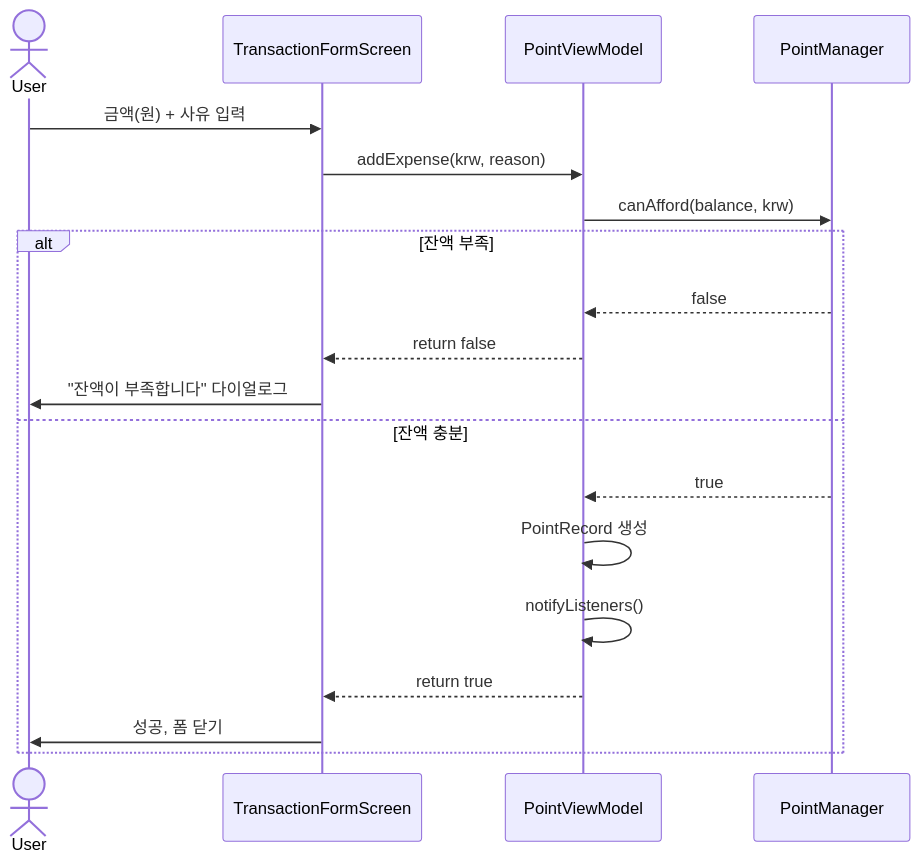
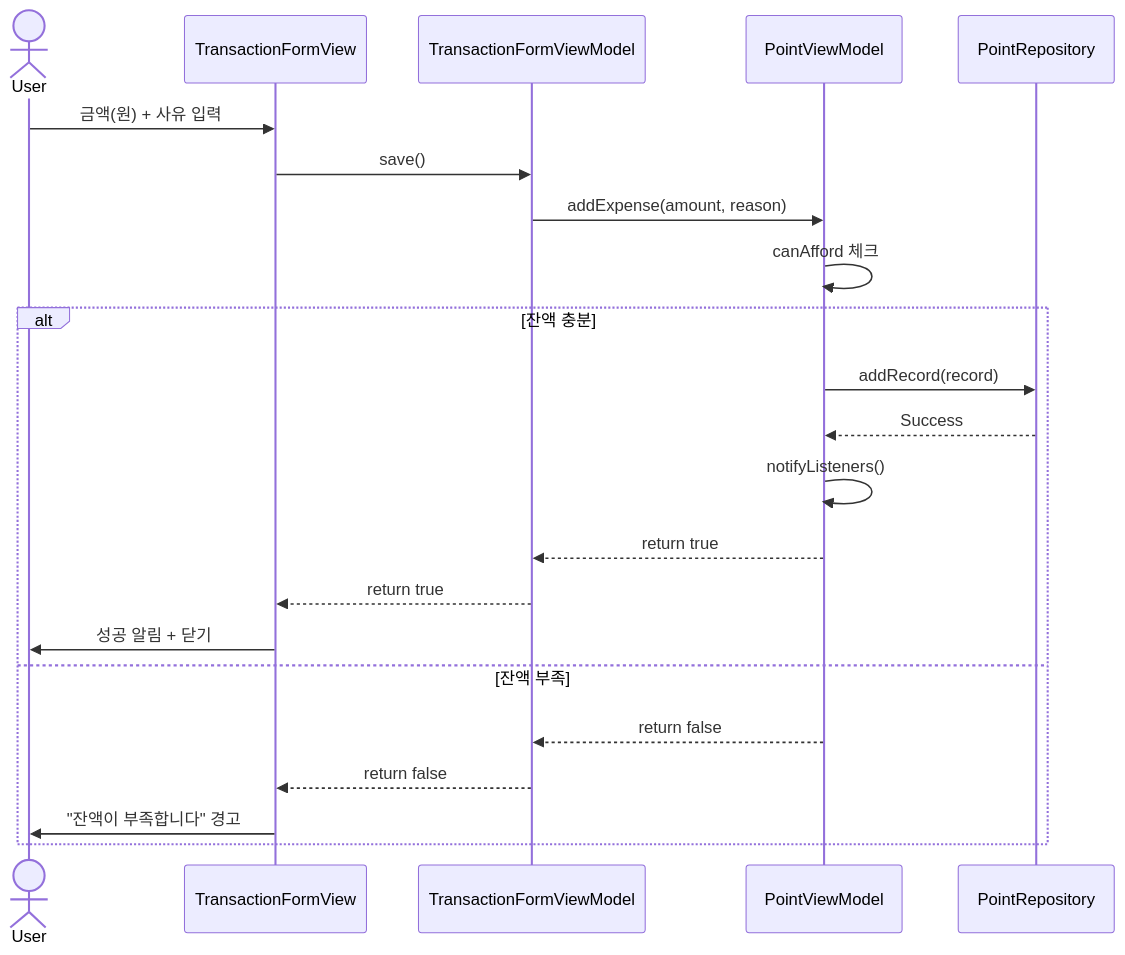
Before and after one commit to goodsw4all/wawapoint_flutter: the fourth of 18 diagrams in docs/ARCHITECTURE.md, drawn with Mermaid. The commit also changed other lines of this file and 8 other files, not shown here.

Commit message:
feat: Introduce dedicated view models and a point repository to enhance application architecture and state management.

````diff
--- a/docs/ARCHITECTURE.md
+++ b/docs/ARCHITECTURE.md
@@ -228,23 +243,26 @@
 ```mermaid
 sequenceDiagram
     actor User
-    participant TFS as TransactionFormScreen
+    participant V as TransactionFormView
+    participant VM as TransactionFormViewModel
     participant PVM as PointViewModel
-    participant PM as PointManager
+    participant R as PointRepository
 
-    User->>TFS: 금액(원) + 사유 입력
-    TFS->>PVM: addExpense(krw, reason)
-    PVM->>PM: canAfford(balance, krw)
+    User->>V: 금액(원) + 사유 입력
+    V->>VM: save()
+    VM->>PVM: addExpense(amount, reason)
+    PVM->>PVM: canAfford 체크
     
-    alt 잔액 부족
-        PM-->>PVM: false
-        PVM-->>TFS: return false
-        TFS->>User: "잔액이 부족합니다" 다이얼로그
-    else 잔액 충분
-        PM-->>PVM: true
-        PVM->>PVM: PointRecord 생성
+    alt 잔액 충분
+        PVM->>R: addRecord(record)
+        R-->>PVM: Success
         PVM->>PVM: notifyListeners()
-        PVM-->>TFS: return true
-        TFS->>User: 성공, 폼 닫기
+        PVM-->>VM: return true
+        VM-->>V: return true
+        V->>User: 성공 알림 + 닫기
+    else 잔액 부족
+        PVM-->>VM: return false
+        VM-->>V: return false
+        V->>User: "잔액이 부족합니다" 경고
     end
 ```
````
